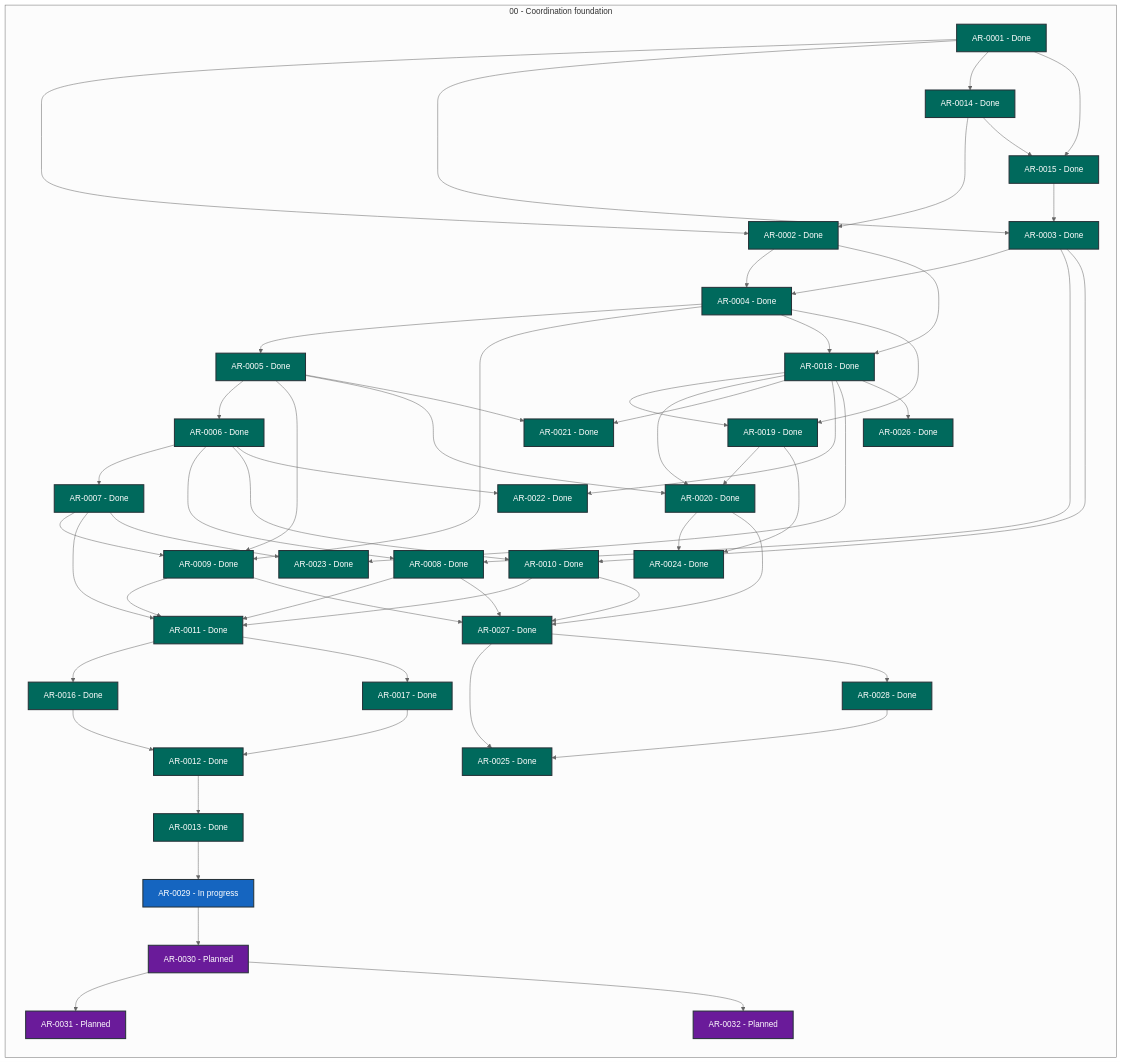
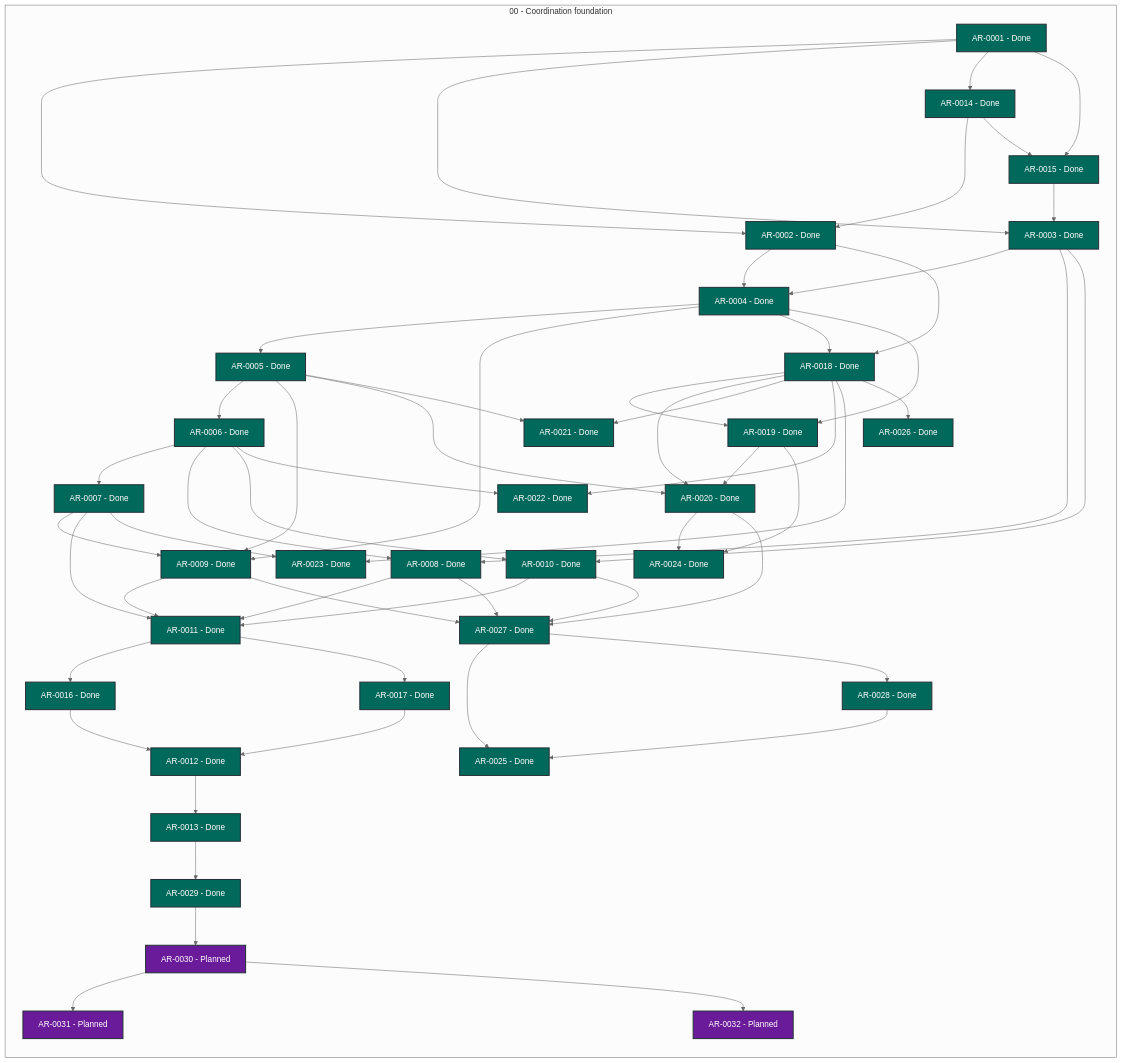
One commit to martin-beck/agent-workflow-tui-state changed the diagram in STATUS.md. Above: the diagram before and after it, drawn with Mermaid (neutral theme). The commit also changed other lines of this file and 2 other files, not shown here.

```diff
--- a/STATUS.md
+++ b/STATUS.md
@@ -56,7 +56,7 @@
         AR_0026["AR-0026 - Done"]:::status_done
         AR_0027["AR-0027 - Done"]:::status_done
         AR_0028["AR-0028 - Done"]:::status_done
-        AR_0029["AR-0029 - In progress"]:::status_in_progress
+        AR_0029["AR-0029 - Done"]:::status_done
         AR_0030["AR-0030 - Planned"]:::status_planned
         AR_0031["AR-0031 - Planned"]:::status_planned
         AR_0032["AR-0032 - Planned"]:::status_planned
```
